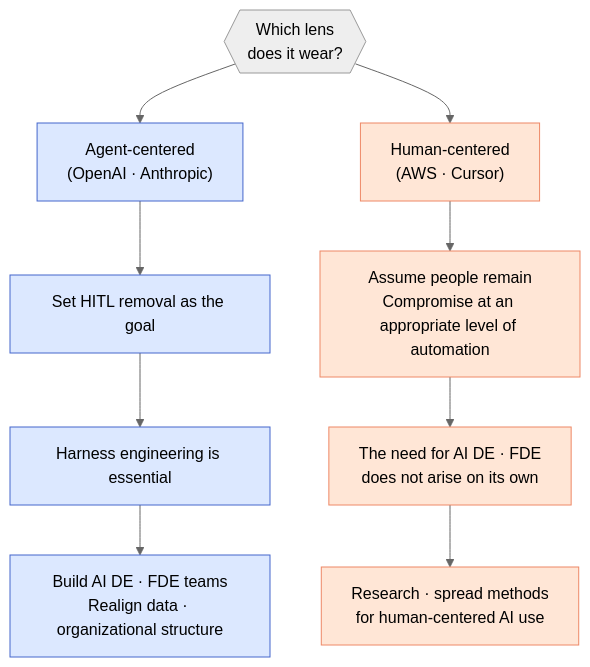
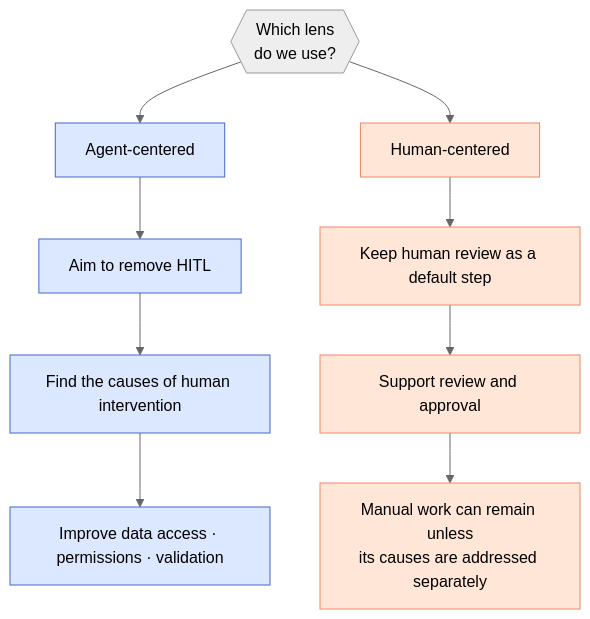
The third of 3 diagrams in _en/2026-06-12-lens-for-agentic-engineering.md (haandol/haandol.github.com), drawn with Mermaid (neutral theme) before and after one commit. The commit also changed other lines of this file and 18 other files, not shown here.

````diff
--- a/_en/2026-06-12-lens-for-agentic-engineering.md
+++ b/_en/2026-06-12-lens-for-agentic-engineering.md
@@ -115,16 +116,16 @@
 ```mermaid
 flowchart TB
-    L{{"Which lens<br/>does it wear?"}}
-    L --> A["Agent-centered<br/>(OpenAI · Anthropic)"]
-    L --> H["Human-centered<br/>(AWS · Cursor)"]
-    A --> A1["Set HITL removal as the goal"]
-    A1 --> A2["Harness engineering is essential"]
-    A2 --> A3["Build AI DE · FDE teams<br/>Realign data · organizational structure"]
-    H --> H1["Assume people remain<br/>Compromise at an appropriate level of automation"]
-    H1 --> H2["The need for AI DE · FDE<br/>does not arise on its own"]
-    H2 --> H3["Research · spread methods<br/>for human-centered AI use"]
+    L{{"Which lens<br/>do we use?"}}
+    L --> A["Agent-centered"]
+    L --> H["Human-centered"]
+    A --> A1["Aim to remove HITL"]
+    A1 --> A2["Find the causes of human intervention"]
+    A2 --> A3["Improve data access · permissions · validation"]
+    H --> H1["Keep human review as a default step"]
+    H1 --> H2["Support review and approval"]
+    H2 --> H3["Manual work can remain unless<br/>its causes are addressed separately"]
     classDef agent fill:#dce8ff,stroke:#46c;
     classDef human fill:#ffe6d6,stroke:#e86;
     class A,A1,A2,A3 agent;
     class H,H1,H2,H3 human;
 ```
````
